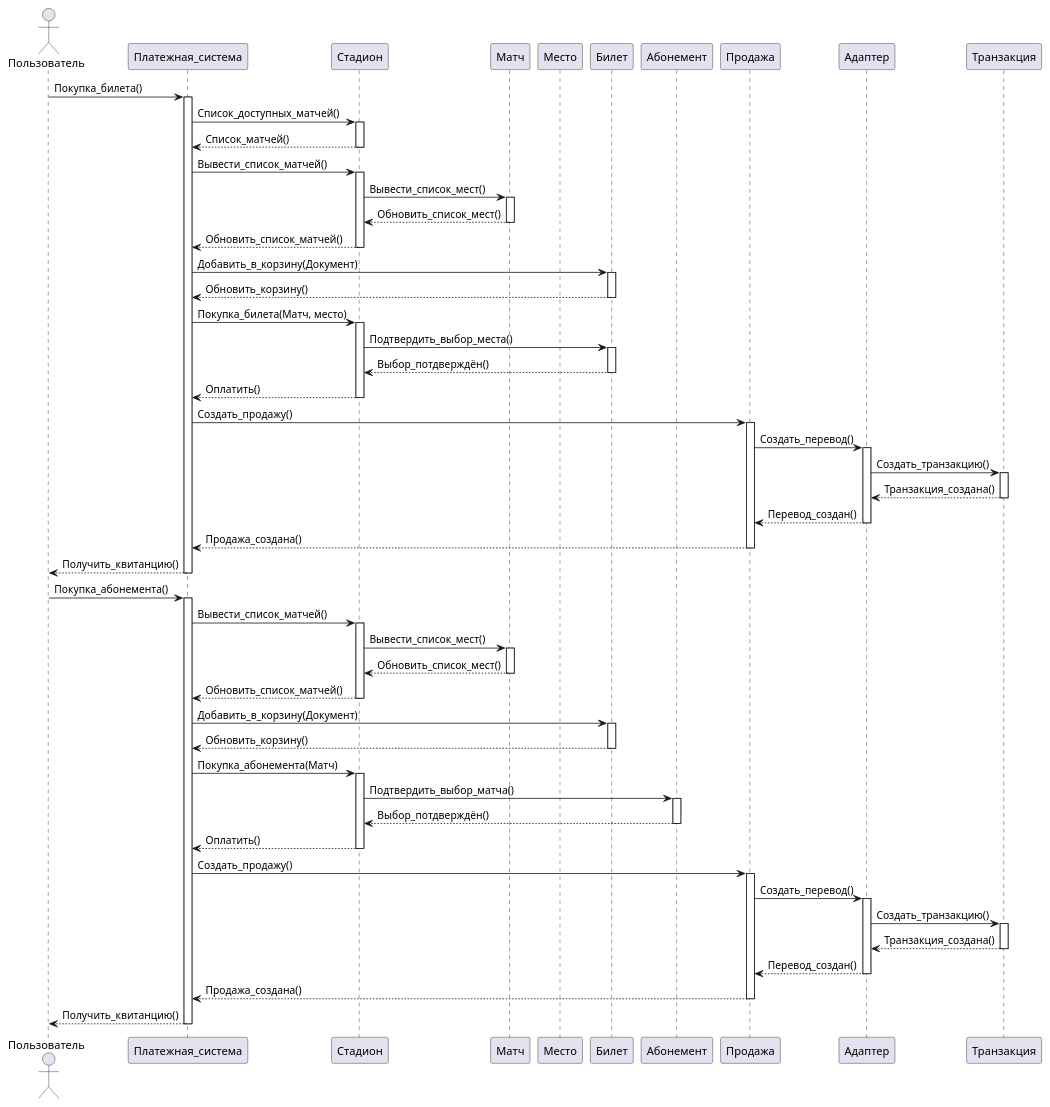
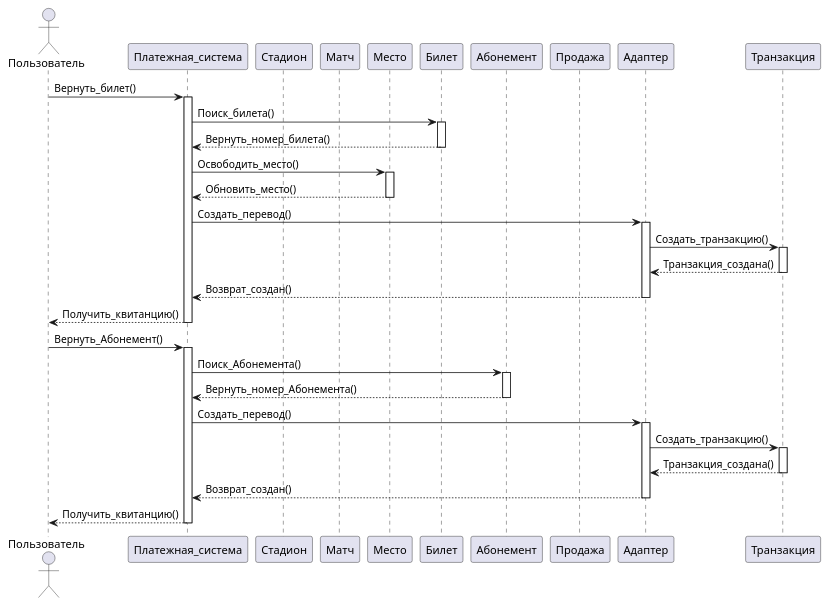
The diagram in Диаграмма последовательности.md (penamarth/bsbo-13-22_team3_var10), drawn with PlantUML before and after one commit.

Commit message:
Update Диаграмма последовательности.md

````diff
--- a/Диаграмма последовательности.md
+++ b/Диаграмма последовательности.md
@@ -1,6 +1,5 @@
 ```plantuml
 @startuml Диаграмма последовательности:
-
 actor Пользователь
 participant Платежная_система
 participant Стадион
@@ -12,102 +11,45 @@
 participant Адаптер
 participant Транзакция 
 
-'Часть с Билетом, начало.
-
-Пользователь -> Платежная_система: Покупка_билета()
+Пользователь -> Платежная_система: Вернуть_билет()
 activate Платежная_система
-
-Платежная_система -> Стадион: Список_доступных_матчей()
-activate Стадион
-Стадион --> Платежная_система: Список_матчей()
-deactivate Стадион
-
-Платежная_система -> Стадион: Вывести_список_матчей()
-activate Стадион
-Стадион -> Матч: Вывести_список_мест()
-activate Матч
-Матч --> Стадион: Обновить_список_мест()
-deactivate Матч
-Стадион --> Платежная_система: Обновить_список_матчей()
-deactivate Стадион
-
-Платежная_система -> Билет: Добавить_в_корзину(Документ)
+Платежная_система -> Билет: Поиск_билета()
 activate Билет
-Билет --> Платежная_система: Обновить_корзину()
+Билет --> Платежная_система: Вернуть_номер_билета()
 deactivate Билет
-
-Платежная_система -> Стадион: Покупка_билета(Матч, место)
-activate Стадион
-Стадион -> Билет: Подтвердить_выбор_места()
-activate Билет
-Билет --> Стадион: Выбор_потдверждён()
-deactivate Билет
-Стадион --> Платежная_система: Оплатить()
-deactivate Стадион
-
-Платежная_система -> Продажа: Создать_продажу()
-activate Продажа
-Продажа -> Адаптер: Создать_перевод()
+Платежная_система -> Место: Освободить_место()
+activate Место
+Место --> Платежная_система: Обновить_место()
+deactivate Место
+Платежная_система -> Адаптер: Создать_перевод()
 activate Адаптер
 Адаптер -> Транзакция: Создать_транзакцию()
 activate Транзакция
 Транзакция --> Адаптер: Транзакция_создана()
 deactivate Транзакция
-Адаптер --> Продажа: Перевод_создан()
+Адаптер --> Платежная_система: Возврат_создан()
 deactivate Адаптер
-Продажа --> Платежная_система: Продажа_создана()
-deactivate
-
 Платежная_система --> Пользователь: Получить_квитанцию()
 deactivate Платежная_система
 
-'Часть с Билетом, конец.
-'Часть с Абонементом, начало.
-
-Пользователь -> Платежная_система: Покупка_абонемента()
+Пользователь -> Платежная_система: Вернуть_Абонемент()
 activate Платежная_система
-
-Платежная_система -> Стадион: Вывести_список_матчей()
-activate Стадион
-Стадион -> Матч: Вывести_список_мест()
-activate Матч
-Матч --> Стадион: Обновить_список_мест()
-deactivate Матч
-Стадион --> Платежная_система: Обновить_список_матчей()
-deactivate Стадион
-
-Платежная_система -> Билет: Добавить_в_корзину(Документ)
-activate Билет
-Билет --> Платежная_система: Обновить_корзину()
-deactivate Билет
-
-Платежная_система -> Стадион: Покупка_абонемента(Матч)
-activate Стадион
-Стадион -> Абонемент: Подтвердить_выбор_матча()
+Платежная_система -> Абонемент: Поиск_Абонемента()
 activate Абонемент
-Абонемент --> Стадион: Выбор_потдверждён()
+Абонемент --> Платежная_система: Вернуть_номер_Абонемента()
 deactivate Абонемент
-Стадион --> Платежная_система: Оплатить()
-deactivate Стадион
-
-Платежная_система -> Продажа: Создать_продажу()
-activate Продажа
-Продажа -> Адаптер: Создать_перевод()
+Платежная_система -> Адаптер: Создать_перевод()
 activate Адаптер
 Адаптер -> Транзакция: Создать_транзакцию()
 activate Транзакция
 Транзакция --> Адаптер: Транзакция_создана()
 deactivate Транзакция
-Адаптер --> Продажа: Перевод_создан()
+Адаптер --> Платежная_система: Возврат_создан()
 deactivate Адаптер
-Продажа --> Платежная_система: Продажа_создана()
-deactivate
-
 Платежная_система --> Пользователь: Получить_квитанцию()
 deactivate Платежная_система
 
-'Часть с Абонементом, конец.
+
 
 @enduml
-@enduml
 ```
````
